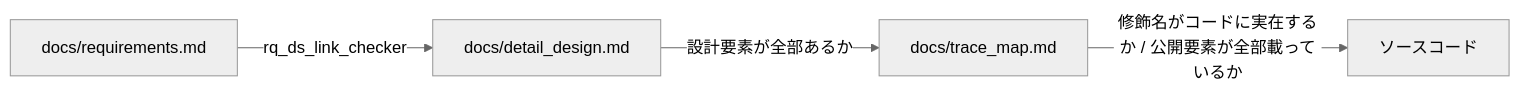
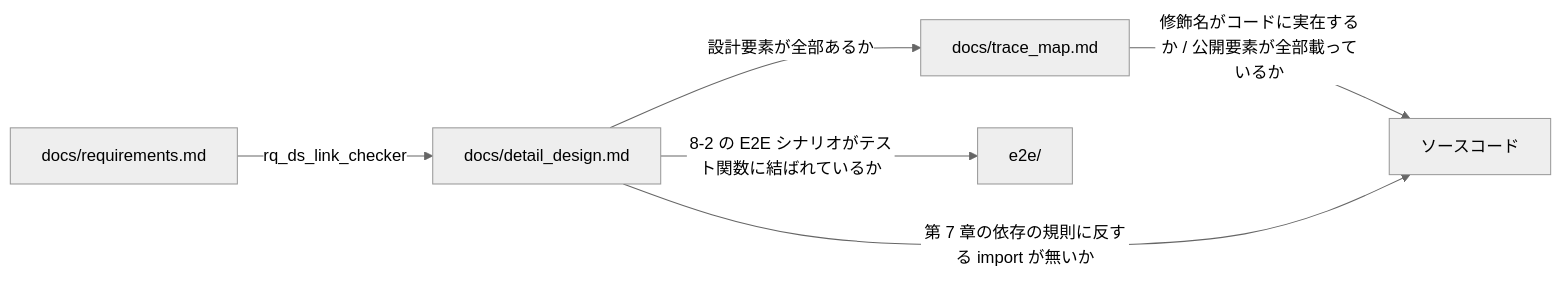
The fourth of 4 diagrams in README.md (notfolder/isdd), drawn with Mermaid (neutral theme) before and after one commit. The commit also changed other lines of this file and 60 other files, not shown here.

````diff
--- a/README.md
+++ b/README.md
@@ -185,6 +186,8 @@
 ```mermaid
 graph LR
     RQ[docs/requirements.md] -->|rq_ds_link_checker| DS[docs/detail_design.md]
     DS -->|設計要素が全部あるか| MAP[docs/trace_map.md]
     MAP -->|修飾名がコードに実在するか / 公開要素が全部載っているか| CODE[ソースコード]
+    DS -->|8-2 の E2E シナリオがテスト関数に結ばれているか| E2E[e2e/]
+    DS -->|第 7 章の依存の規則に反する import が無いか| CODE
 ```
````
